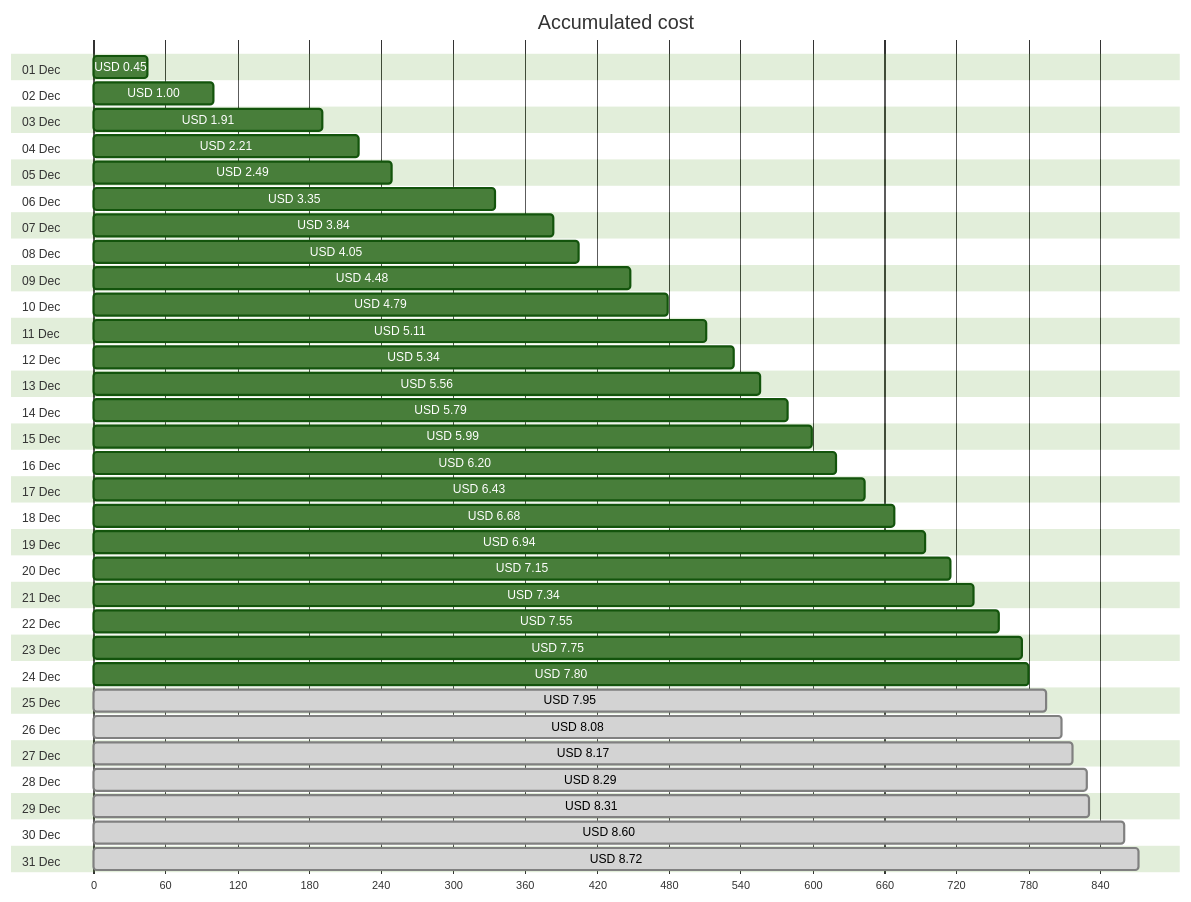
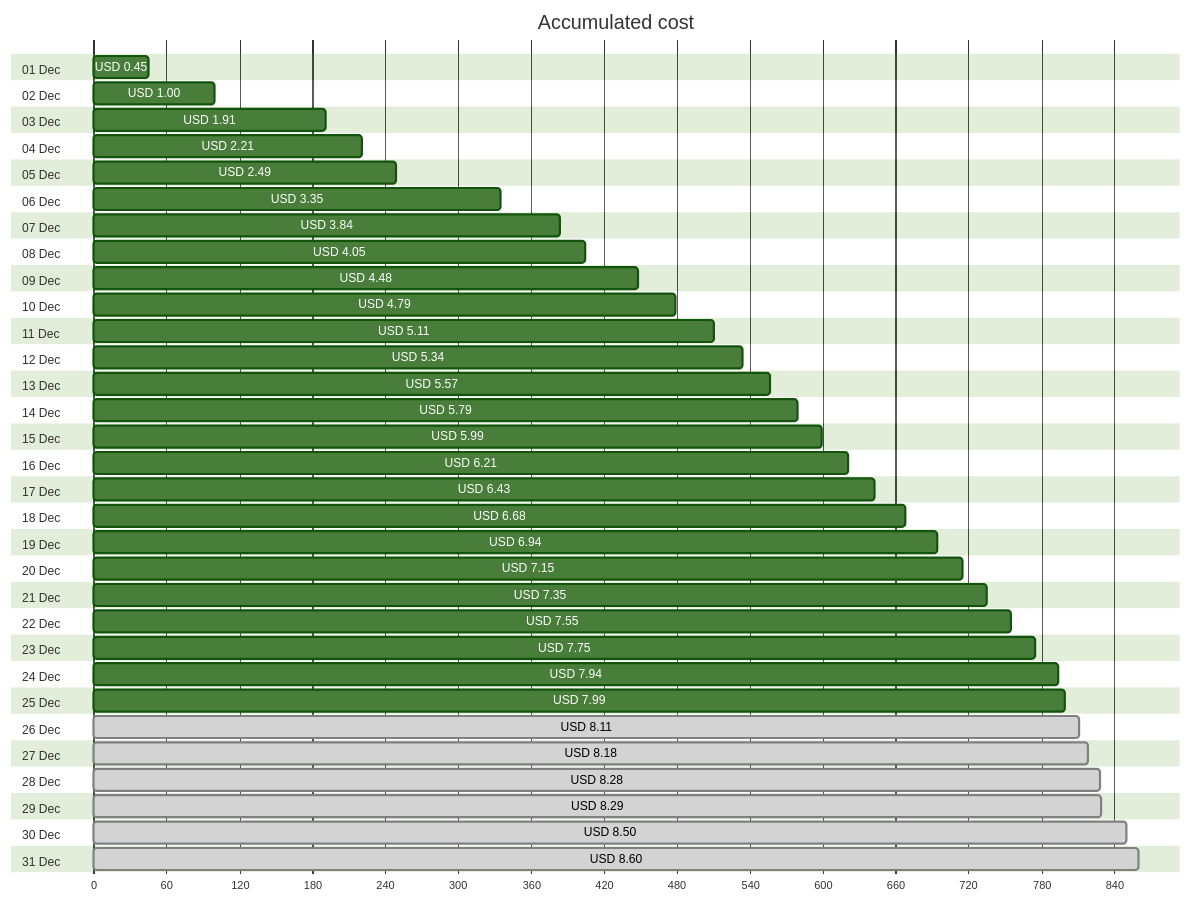
One commit to jpfulton/azure-personal-reports changed the first of 4 diagrams in cost-reports/personal-network/vpn-server.md. Above: the diagram before and after it, drawn with Mermaid (forest theme). The commit also changed other lines of this file and 8 other files, not shown here.

````diff
--- a/cost-reports/personal-network/vpn-server.md
+++ b/cost-reports/personal-network/vpn-server.md
@@ -20,68 +20,68 @@
 ```mermaid
 gantt
    title Accumulated cost
    dateFormat  X
    axisFormat %s
    section 01 Dec
    USD 0.45 :0, 45
    section 02 Dec
    USD 1.00 :0, 100
    section 03 Dec
    USD 1.91 :0, 191
    section 04 Dec
    USD 2.21 :0, 221
    section 05 Dec
    USD 2.49 :0, 249
    section 06 Dec
    USD 3.35 :0, 335
    section 07 Dec
    USD 3.84 :0, 384
    section 08 Dec
    USD 4.05 :0, 405
    section 09 Dec
    USD 4.48 :0, 448
    section 10 Dec
    USD 4.79 :0, 479
    section 11 Dec
    USD 5.11 :0, 511
    section 12 Dec
    USD 5.34 :0, 534
    section 13 Dec
-   USD 5.56 :0, 556
+   USD 5.57 :0, 557
    section 14 Dec
    USD 5.79 :0, 579
    section 15 Dec
    USD 5.99 :0, 599
    section 16 Dec
-   USD 6.20 :0, 620
+   USD 6.21 :0, 621
    section 17 Dec
    USD 6.43 :0, 643
    section 18 Dec
    USD 6.68 :0, 668
    section 19 Dec
    USD 6.94 :0, 694
    section 20 Dec
    USD 7.15 :0, 715
    section 21 Dec
-   USD 7.34 :0, 734
+   USD 7.35 :0, 735
    section 22 Dec
    USD 7.55 :0, 755
    section 23 Dec
    USD 7.75 :0, 775
    section 24 Dec
-   USD 7.80 :0, 780
+   USD 7.94 :0, 794
    section 25 Dec
-   USD 7.95 : done, 0, 795
+   USD 7.99 :0, 799
    section 26 Dec
-   USD 8.08 : done, 0, 808
+   USD 8.11 : done, 0, 811
    section 27 Dec
-   USD 8.17 : done, 0, 817
+   USD 8.18 : done, 0, 818
    section 28 Dec
+   USD 8.28 : done, 0, 828
+   section 29 Dec
    USD 8.29 : done, 0, 829
-   section 29 Dec
-   USD 8.31 : done, 0, 831
    section 30 Dec
+   USD 8.50 : done, 0, 850
+   section 31 Dec
    USD 8.60 : done, 0, 860
-   section 31 Dec
-   USD 8.72 : done, 0, 872
 ```
````
